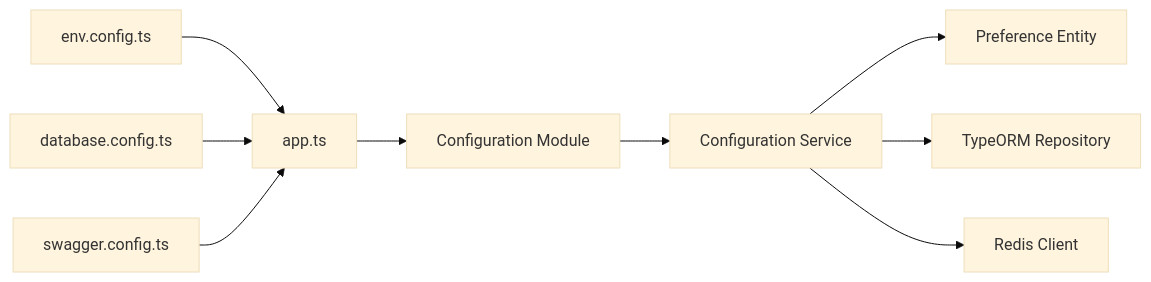
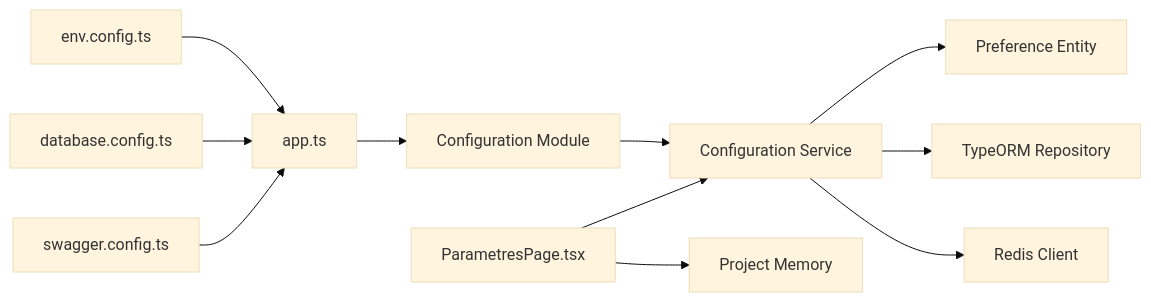
Before and after one commit to franckylab/eLISAschool: the fifth of 5 diagrams in .qoder/repowiki/en/content/System Architecture/Backend Architecture/Configuration & Environment Management.md, drawn with Mermaid (base theme). The commit also changed other lines of this file and 39 other files, not shown here.

````diff
--- a/.qoder/repowiki/en/content/System Architecture/Backend Architecture/Configuration & Environment Management.md
+++ b/.qoder/repowiki/en/content/System Architecture/Backend Architecture/Configuration & Environment Management.md
@@ -390,11 +375,13 @@
 ```mermaid
 graph LR
 Env["env.config.ts"] --> App["app.ts"]
 DB["database.config.ts"] --> App
 SW["swagger.config.ts"] --> App
 App --> ConfMod["Configuration Module"]
 ConfMod --> Svc["Configuration Service"]
 Svc --> Pref["Preference Entity"]
 Svc --> Repo["TypeORM Repository"]
 Svc --> Redis["Redis Client"]
+FE["ParametresPage.tsx"] --> Svc
+FE --> Mem["Project Memory"]
 ```
````
